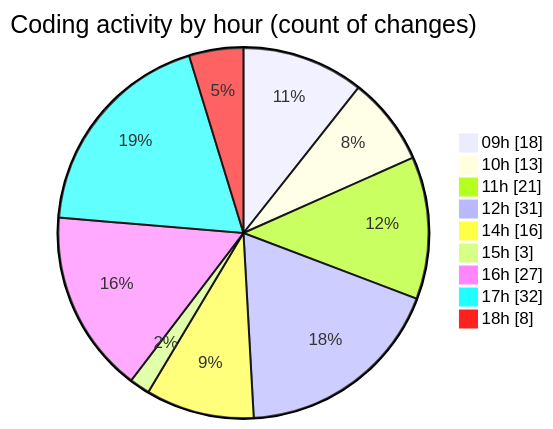
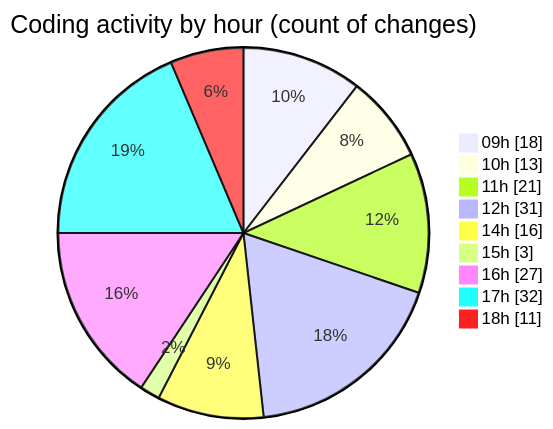
One commit to momahboobian/code-tracking changed the second of 2 diagrams in 2026-08-12/cda/README.md. Above: the diagram before and after it, drawn with Mermaid. The commit also changed other lines of this file and 1 other file, not shown here.

````diff
--- a/2026-08-12/cda/README.md
+++ b/2026-08-12/cda/README.md
@@ -76,13 +76,13 @@
 ```mermaid
 pie showData
 title Coding activity by hour (count of changes)
 "09h" : 18
 "10h" : 13
 "11h" : 21
 "12h" : 31
 "14h" : 16
 "15h" : 3
 "16h" : 27
 "17h" : 32
-"18h" : 8
+"18h" : 11
 ```
````
